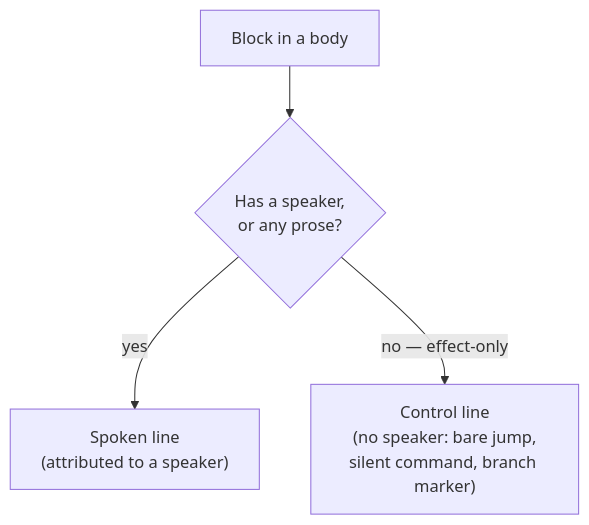
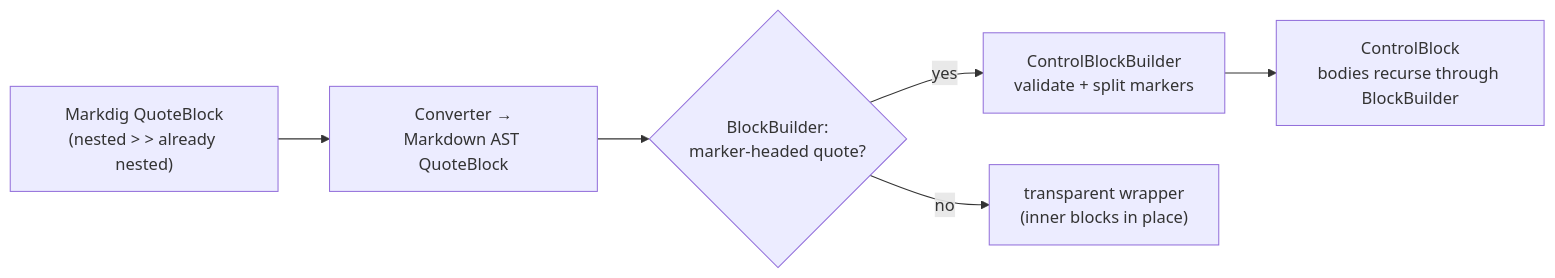
One commit to pengzhengyi/dialoguedown changed the diagram in docs/contributing/design-notes/Block Controls.md. Above: the diagram before and after it, drawn with Mermaid. The commit also changed other lines of this file and 54 other files, not shown here.

````diff
--- a/docs/contributing/design-notes/Block Controls.md
+++ b/docs/contributing/design-notes/Block Controls.md
@@ -211,6 +239,8 @@
 ```mermaid
-flowchart TB
-    B["Block in a body"] --> S{"Has a speaker,<br/>or any prose?"}
-    S -->|"yes"| L["Spoken line<br/>(attributed to a speaker)"]
-    S -->|"no — effect-only"| C["Control line<br/>(no speaker: bare jump,<br/>silent command, branch marker)"]
+flowchart LR
+    MD["Markdig QuoteBlock<br/>(nested > > already nested)"] --> CV["Converter →<br/>Markdown AST QuoteBlock"]
+    CV --> BB{"BlockBuilder:<br/>marker-headed quote?"}
+    BB -->|"yes"| CBB["ControlBlockBuilder<br/>validate + split markers"]
+    CBB --> CB["ControlBlock<br/>bodies recurse through BlockBuilder"]
+    BB -->|"no"| RAW["transparent wrapper<br/>(inner blocks in place)"]
 ```
````
